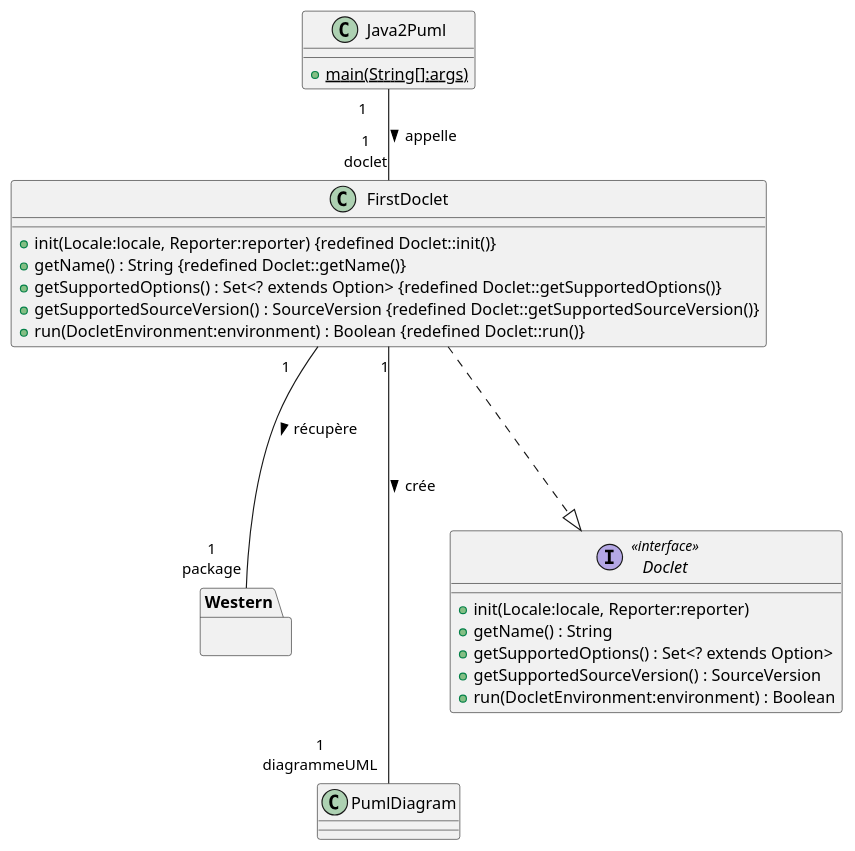
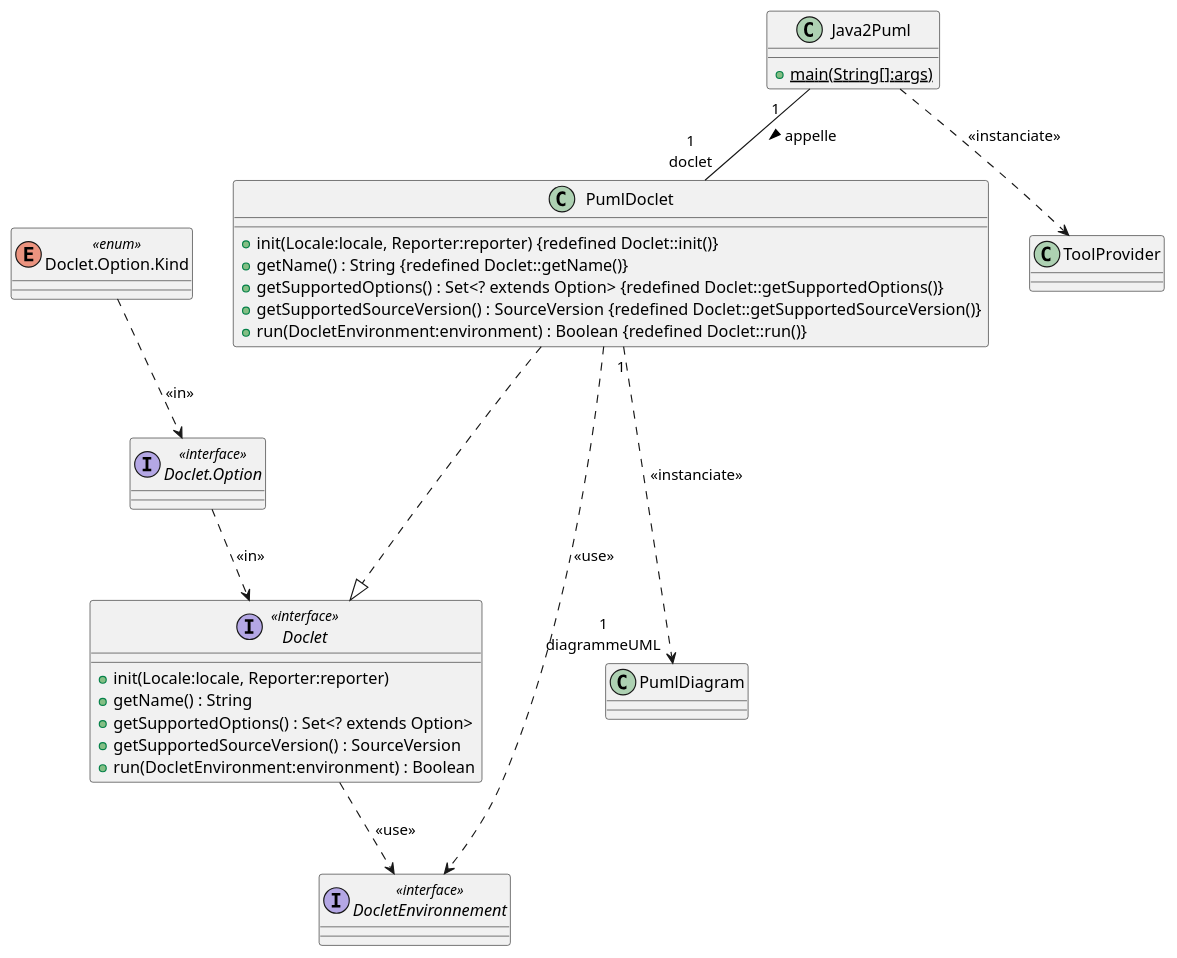
Before and after one commit to karimelkaid/PumlFromJava: the diagram in uml/Doclet_DCC.puml, drawn with PlantUML. The commit also changed 11 other files, not shown here.

```diff
--- a/uml/Doclet_DCC.puml
+++ b/uml/Doclet_DCC.puml
@@ -1,46 +1,48 @@
 @startuml
 'https://plantuml.com/class-diagram
 
-class FirstDoclet
+class PumlDoclet
 {
     + init(Locale:locale, Reporter:reporter) {redefined Doclet::init()}
     + getName() : String {redefined Doclet::getName()}
     + getSupportedOptions() : Set<? extends Option> {redefined Doclet::getSupportedOptions()}
     + getSupportedSourceVersion() : SourceVersion {redefined Doclet::getSupportedSourceVersion()}
     + run(DocletEnvironment:environment) : Boolean {redefined Doclet::run()}
-
 }
-
-
-package Western
-{
-
-}
+class ToolProvider
 
 
 class Java2Puml
 {
-    +{static} main(String[]:args)
+    + {static} main(String[]:args)
 }
 
-
 class PumlDiagram
-
 
 interface Doclet <<interface>>
 {
     + init(Locale:locale, Reporter:reporter)
     + getName() : String
     + getSupportedOptions() : Set<? extends Option>
     + getSupportedSourceVersion() : SourceVersion
     + run(DocletEnvironment:environment) : Boolean
 }
+interface "Doclet.Option" as docletOption <<interface>>
+enum "Doclet.Option.Kind" as docletOptionKind <<enum>>
 
-FirstDoclet ...|> Doclet
-FirstDoclet " 1\t" --- "1\npackage" Western : récupère >
-Java2Puml " 1\t" -- "1\ndoclet" FirstDoclet : appelle >
-FirstDoclet  " 1" ---- "1\ndiagrammeUML" PumlDiagram : crée >
+interface DocletEnvironnement <<interface>>
+
+Java2Puml ..> ToolProvider : <<instanciate>>
+
+PumlDoclet ..> DocletEnvironnement : <<use>>
+Doclet ..> DocletEnvironnement : <<use>>
+docletOption ..> Doclet : <<in>>
+docletOptionKind ..> docletOption : <<in>>
+
+PumlDoclet ...|> Doclet
+Java2Puml " 1\t" -- "1\ndoclet" PumlDoclet : appelle >
+PumlDoclet  " 1" ...> "1\ndiagrammeUML" PumlDiagram : <<instanciate>>
 
 
 
 @enduml
```
